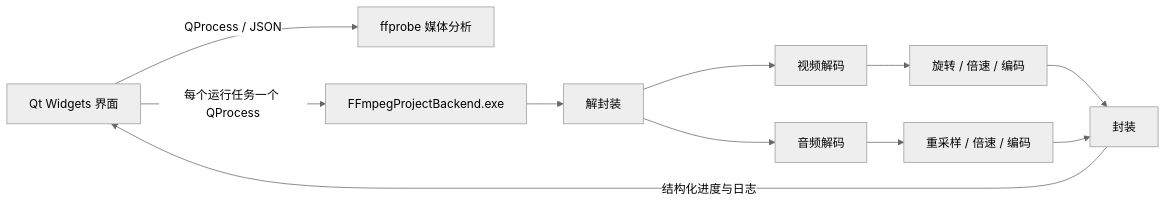
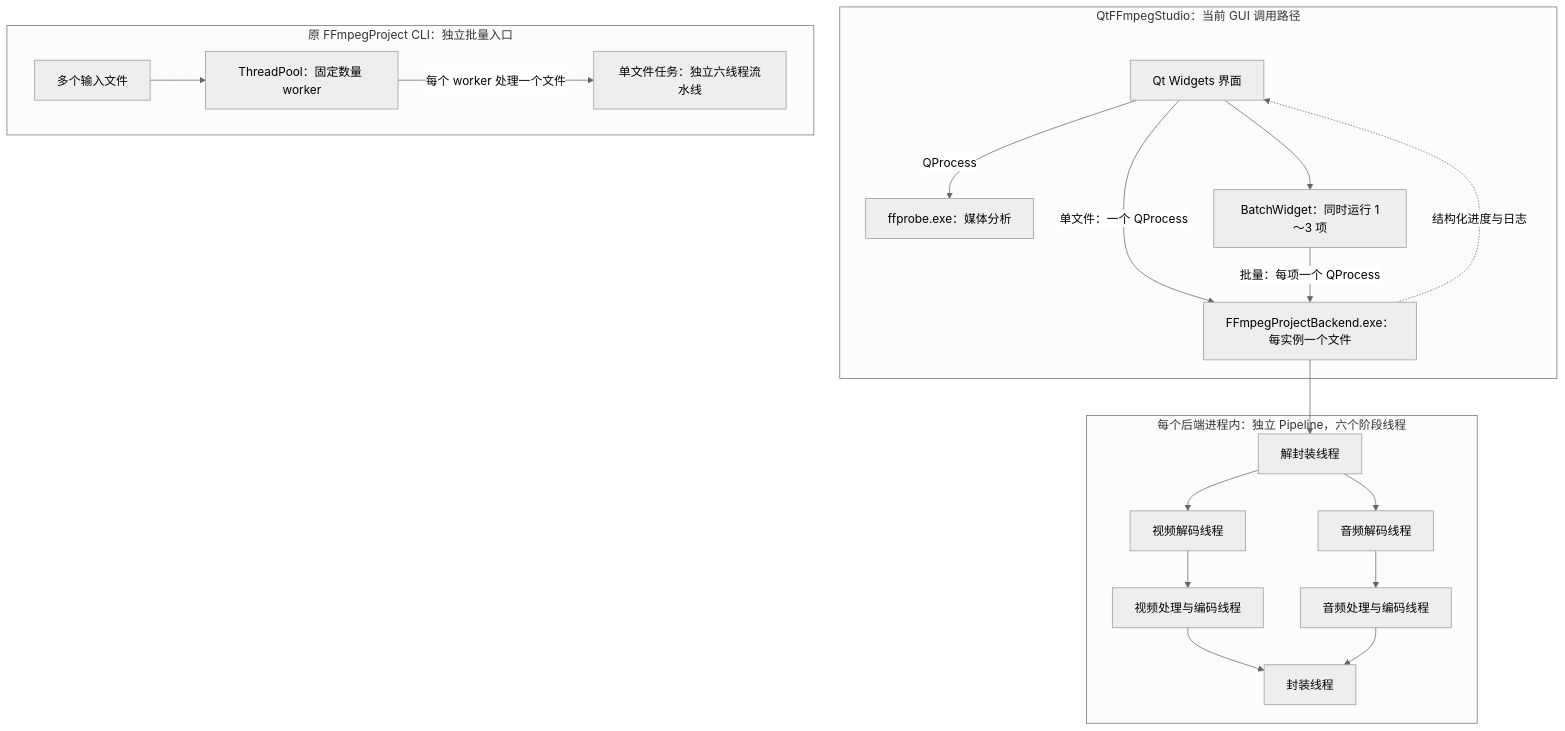
Before and after one commit to Promisein/QtFFmpegStudio: the diagram in README.md, drawn with Mermaid (neutral theme). The commit also changed other lines of this file, not shown here.

Commit message:
Clarify thread pool and process concurrency in architecture diagram

````diff
--- a/README.md
+++ b/README.md
@@ -30,9 +30,21 @@
 ```mermaid
-flowchart LR
-    UI[Qt Widgets 界面] -->|QProcess / JSON| Probe[ffprobe 媒体分析]
-    UI -->|每个运行任务一个 QProcess| Backend[FFmpegProjectBackend.exe]
-    Backend --> Demux[解封装]
-    Demux --> VDec[视频解码] --> VEnc[旋转 / 倍速 / 编码] --> Mux[封装]
-    Demux --> ADec[音频解码] --> AEnc[重采样 / 倍速 / 编码] --> Mux
-    Mux -->|结构化进度与日志| UI
+flowchart TB
+    subgraph Studio["QtFFmpegStudio：当前 GUI 调用路径"]
+        UI["Qt Widgets 界面"] -->|QProcess| Probe["ffprobe.exe：媒体分析"]
+        UI -->|单文件：一个 QProcess| Backend
+        UI --> Queue["BatchWidget：同时运行 1～3 项"]
+        Queue -->|批量：每项一个 QProcess| Backend["FFmpegProjectBackend.exe：每实例一个文件"]
+    end
+
+    subgraph Task["每个后端进程内：独立 Pipeline，六个阶段线程"]
+        Demux["解封装线程"] --> VDec["视频解码线程"] --> VEnc["视频处理与编码线程"] --> Mux["封装线程"]
+        Demux --> ADec["音频解码线程"] --> AEnc["音频处理与编码线程"] --> Mux
+    end
+    Backend --> Demux
+    Backend -.->|结构化进度与日志| UI
+
+    subgraph Original["原 FFmpegProject CLI：独立批量入口"]
+        CLI["多个输入文件"] --> Pool["ThreadPool：固定数量 worker"]
+        Pool -->|每个 worker 处理一个文件| LegacyTask["单文件任务：独立六线程流水线"]
+    end
 ```
````
